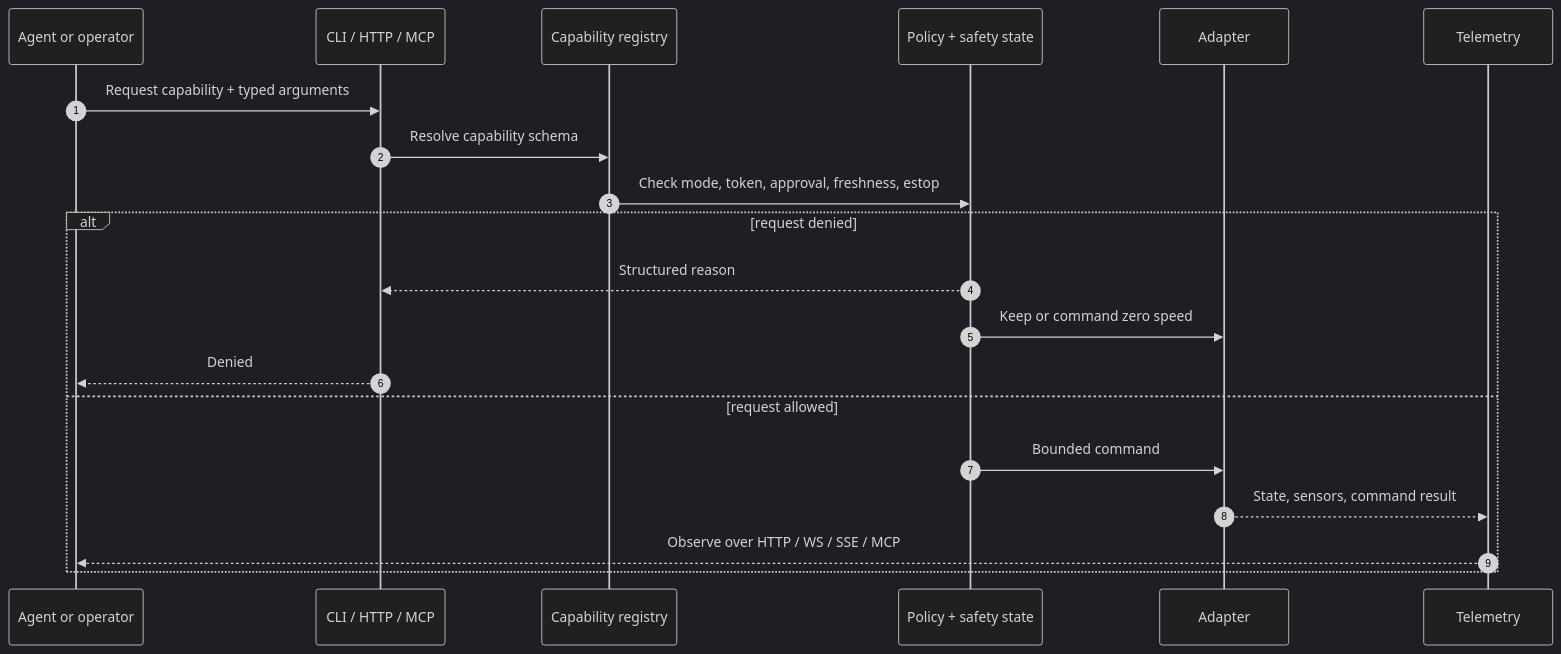
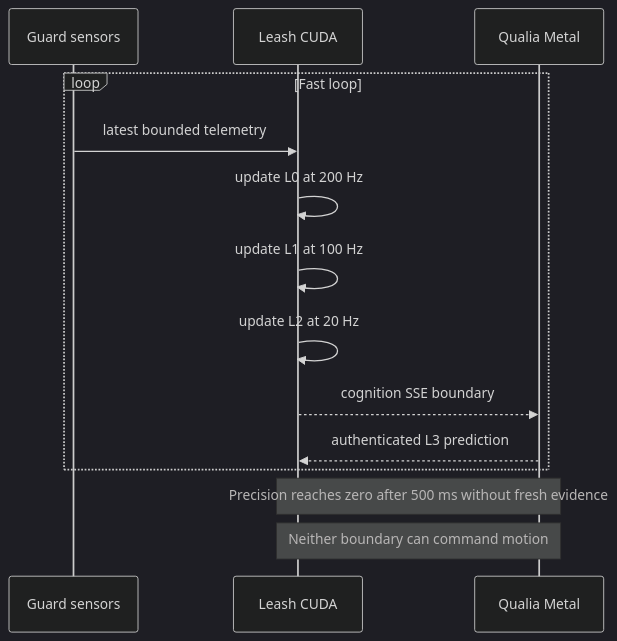
The second of 4 diagrams in README.md (specdog/leash), drawn with Mermaid (dark theme) before and after one commit. The commit also changed other lines of this file and 6 other files, not shown here.

Commit message:
feat: harden cognition adapter surfaces

````diff
--- a/README.md
+++ b/README.md
@@ -181,23 +90,18 @@
 ```mermaid
 sequenceDiagram
-  autonumber
-  participant A as Agent or operator
-  participant S as CLI / HTTP / MCP
-  participant C as Capability registry
-  participant P as Policy + safety state
-  participant D as Adapter
-  participant T as Telemetry
+  participant S as Guard sensors
+  participant C as Leash CUDA
+  participant Q as Qualia Metal
 
-  A->>S: Request capability + typed arguments
-  S->>C: Resolve capability schema
-  C->>P: Check mode, token, approval, freshness, estop
-  alt request denied
-    P-->>S: Structured reason
-    P->>D: Keep or command zero speed
-    S-->>A: Denied
-  else request allowed
-    P->>D: Bounded command
-    D-->>T: State, sensors, command result
-    T-->>A: Observe over HTTP / WS / SSE / MCP
+  loop Fast loop
+    S->>C: latest bounded telemetry
+    C->>C: update L0 at 200 Hz
+    C->>C: update L1 at 100 Hz
+    C->>C: update L2 at 20 Hz
+    C-->>Q: cognition SSE boundary
+    Q-->>C: authenticated L3 prediction
   end
+
+  Note over C,Q: Precision reaches zero after 500 ms without fresh evidence
+  Note over C,Q: Neither boundary can command motion
 ```
````
